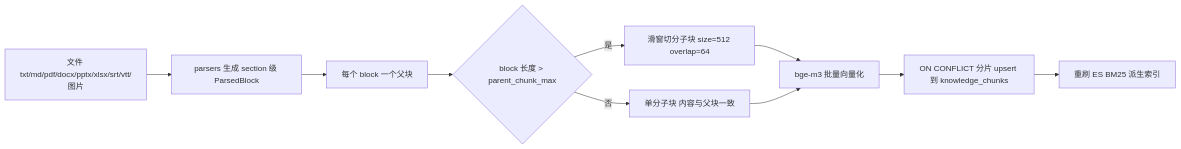
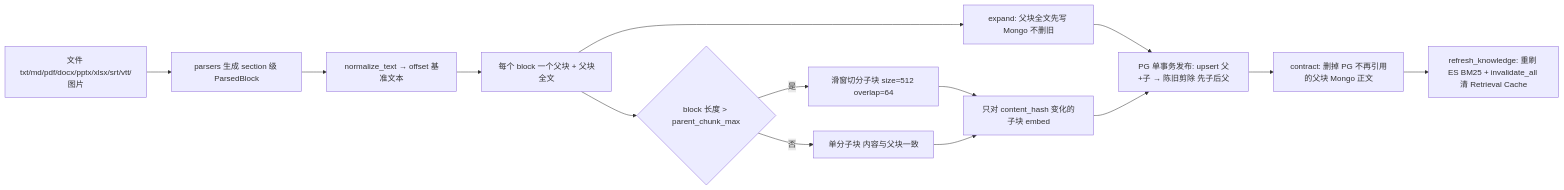
The first of 2 diagrams in .qoder/repowiki/zh/content/RAG 知识底座.md (kob01/multi_mxi), drawn with Mermaid before and after one commit. The commit also changed other lines of this file and 84 other files, not shown here.

````diff
--- a/.qoder/repowiki/zh/content/RAG 知识底座.md
+++ b/.qoder/repowiki/zh/content/RAG 知识底座.md
@@ -39,12 +45,16 @@
 ```mermaid
 graph LR
     A["文件 txt/md/pdf/docx/pptx/xlsx/srt/vtt/图片"] --> B["parsers 生成 section 级 ParsedBlock"]
-    B --> C["每个 block 一个父块"]
-    C --> D{"block 长度 > parent_chunk_max"}
-    D -->|是| E["滑窗切分子块 size=512 overlap=64"]
-    D -->|否| F["单分子块 内容与父块一致"]
-    E --> G["bge-m3 批量向量化"]
-    F --> G
-    G --> H["ON CONFLICT 分片 upsert 到 knowledge_chunks"]
-    H --> I["重刷 ES BM25 派生索引"]
+    B --> C["normalize_text → offset 基准文本"]
+    C --> D["每个 block 一个父块 + 父块全文"]
+    D --> E{"block 长度 > parent_chunk_max"}
+    E -->|是| F["滑窗切分子块 size=512 overlap=64"]
+    E -->|否| G["单分子块 内容与父块一致"]
+    D --> H["expand: 父块全文先写 Mongo 不删旧"]
+    F --> I["只对 content_hash 变化的子块 embed"]
+    G --> I
+    H --> J["PG 单事务发布: upsert 父+子 → 陈旧剪除 先子后父"]
+    I --> J
+    J --> K["contract: 删掉 PG 不再引用的父块 Mongo 正文"]
+    K --> L["refresh_knowledge: 重刷 ES BM25 + invalidate_all 清 Retrieval Cache"]
 ```
````
